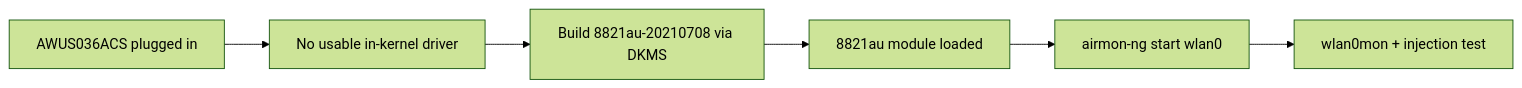
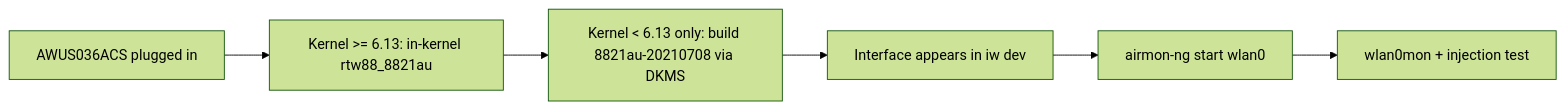
Before and after one commit to yopitek/yupitek-wiki: the diagram in i18n/zh-CN/docusaurus-plugin-content-docs/current/01-alfa-network/drivers/rtl8811au/index.md, drawn with Mermaid (forest theme). The commit also changed other lines of this file and 108 other files, not shown here.

````diff
--- a/i18n/zh-CN/docusaurus-plugin-content-docs/current/01-alfa-network/drivers/rtl8811au/index.md
+++ b/i18n/zh-CN/docusaurus-plugin-content-docs/current/01-alfa-network/drivers/rtl8811au/index.md
@@ -20,8 +32,8 @@
 ```mermaid
 flowchart LR
-    A["AWUS036ACS plugged in"] --> B["No usable in-kernel driver"]
-    B --> C["Build 8821au-20210708 via DKMS"]
-    C --> D["8821au module loaded"]
+    A["AWUS036ACS plugged in"] --> B["Kernel >= 6.13: in-kernel rtw88_8821au"]
+    B --> C["Kernel < 6.13 only: build 8821au-20210708 via DKMS"]
+    C --> D["Interface appears in iw dev"]
     D --> E["airmon-ng start wlan0"]
     E --> F["wlan0mon + injection test"]
 ```
````
